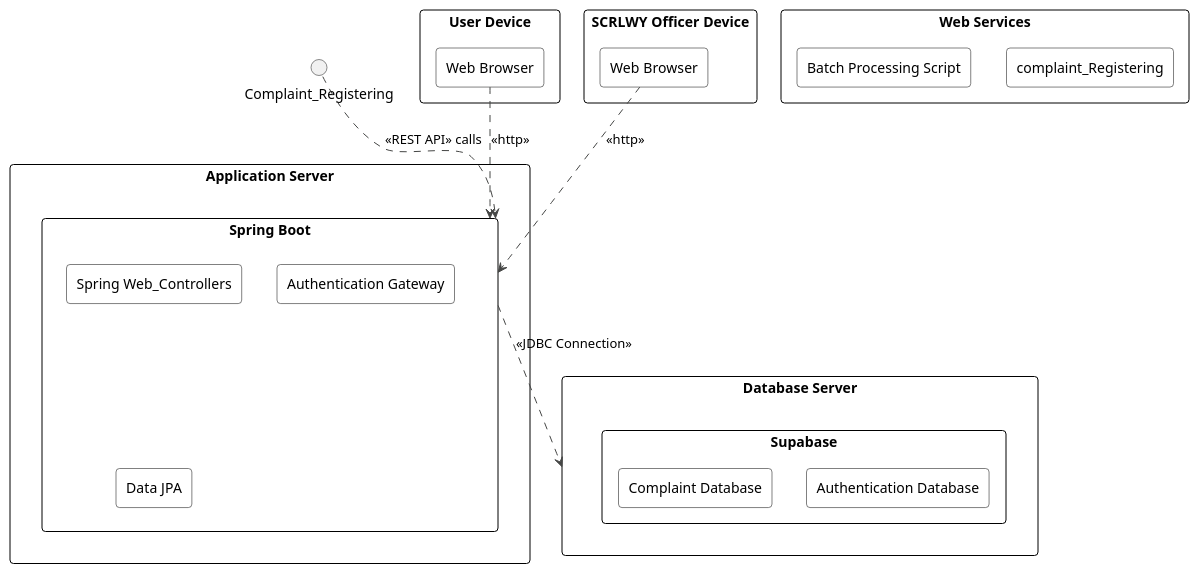
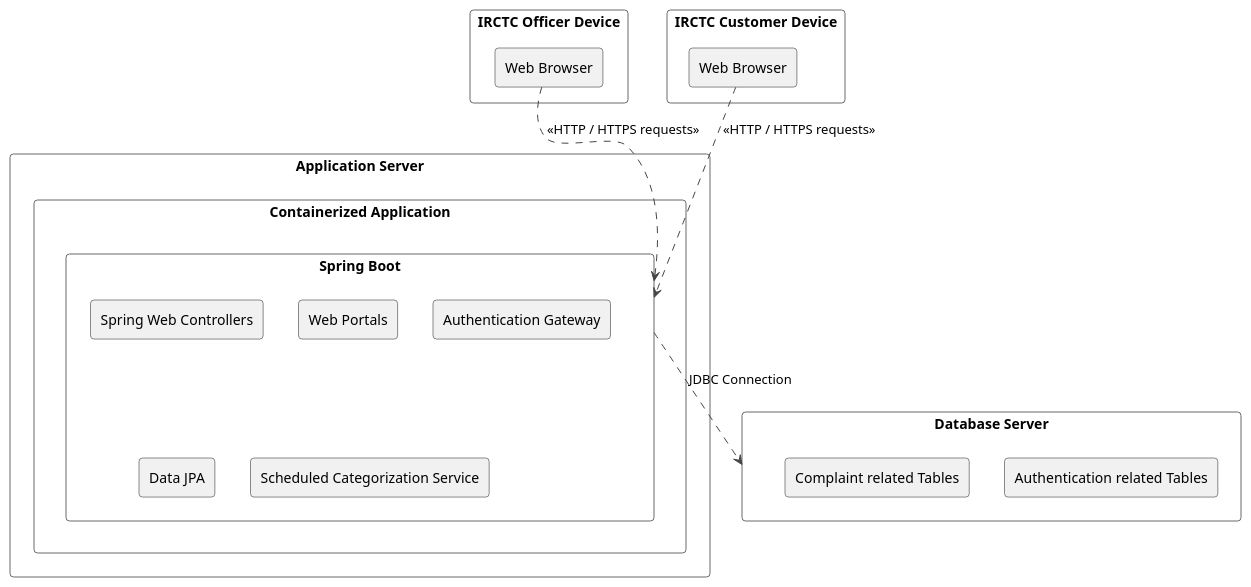
Before and after one commit to Anikate-De/rail-madad: the diagram in uml/deployment/deployment.plantuml, drawn with PlantUML. The commit also changed 1 other file, not shown here.

Commit message:
update deployment diagram

```diff
--- a/uml/deployment/deployment.plantuml
+++ b/uml/deployment/deployment.plantuml
@@ -1,44 +1,34 @@
 @startuml
 !theme vibrant
 
-skinparam rectangle {
-  BackgroundColor White
-  BorderColor Black
+rectangle "IRCTC Officer Device" {
+  rectangle "Web Browser" as officer
 }
 
-rectangle "User Device" {
-  rectangle "Web Browser" as userBrowser
-}
-
-rectangle "SCRLWY Officer Device" {
-  rectangle "Web Browser" as officerBrowser
+rectangle "IRCTC Customer Device" {
+  rectangle "Web Browser" as user
 }
 
 rectangle "Application Server" {
-  rectangle "Spring Boot" as springBoot {
-    rectangle "Spring Web_Controllers"
-    rectangle "Authentication Gateway"
-    rectangle "Data JPA"
+  rectangle "Containerized Application" {
+    rectangle "Spring Boot" as springBoot {
+      rectangle "Spring Web Controllers"
+      rectangle "Web Portals"
+      rectangle "Authentication Gateway"
+      rectangle "Data JPA"
+      rectangle "Scheduled Categorization Service"
+    }
   }
 }
 
-rectangle "Database Server" as dataBase {
-  rectangle "Supabase" {
-  rectangle "Authentication Database"
-  rectangle "Complaint Database"
-  }
+rectangle "Database Server" as db {
+  rectangle "Authentication related Tables"
+  rectangle "Complaint related Tables"
 }
 
-rectangle "Web Services" {
-  rectangle "complaint_Registering"
-  rectangle "Batch Processing Script"
-}
+officer ..> springBoot : <<HTTP / HTTPS requests>>
+user ..> springBoot : <<HTTP / HTTPS requests>>
 
-userBrowser ..> springBoot : <<http>>
-officerBrowser ..> springBoot : <<http>>
-
-springBoot ..> dataBase : <<JDBC Connection>>
-
-"Complaint_Registering" ..> springBoot : <<REST API>> calls
+springBoot ..> db : JDBC Connection
 
 @enduml
```
